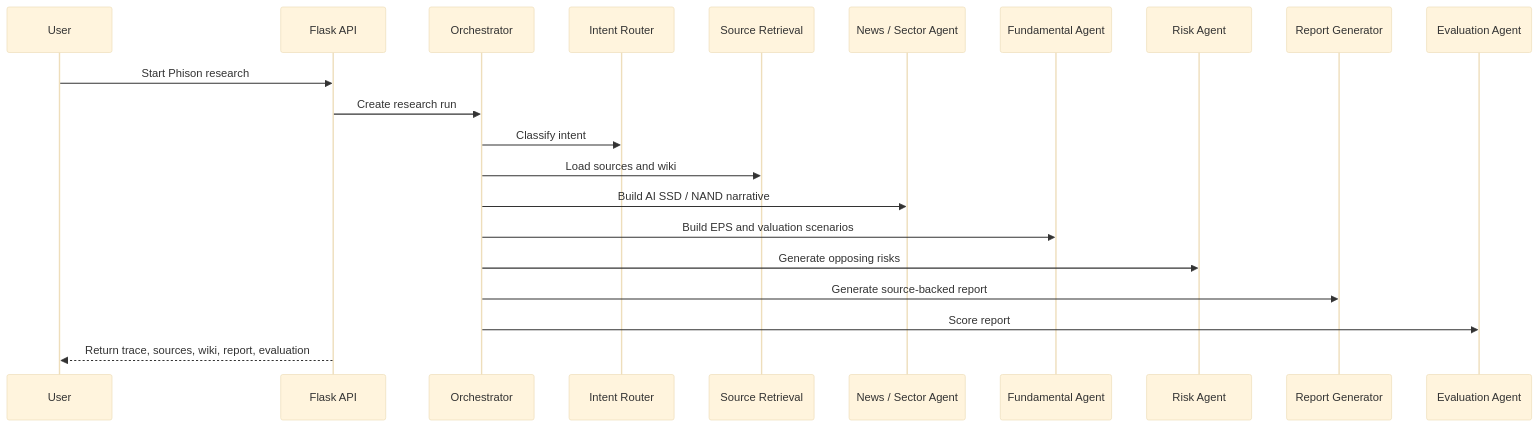
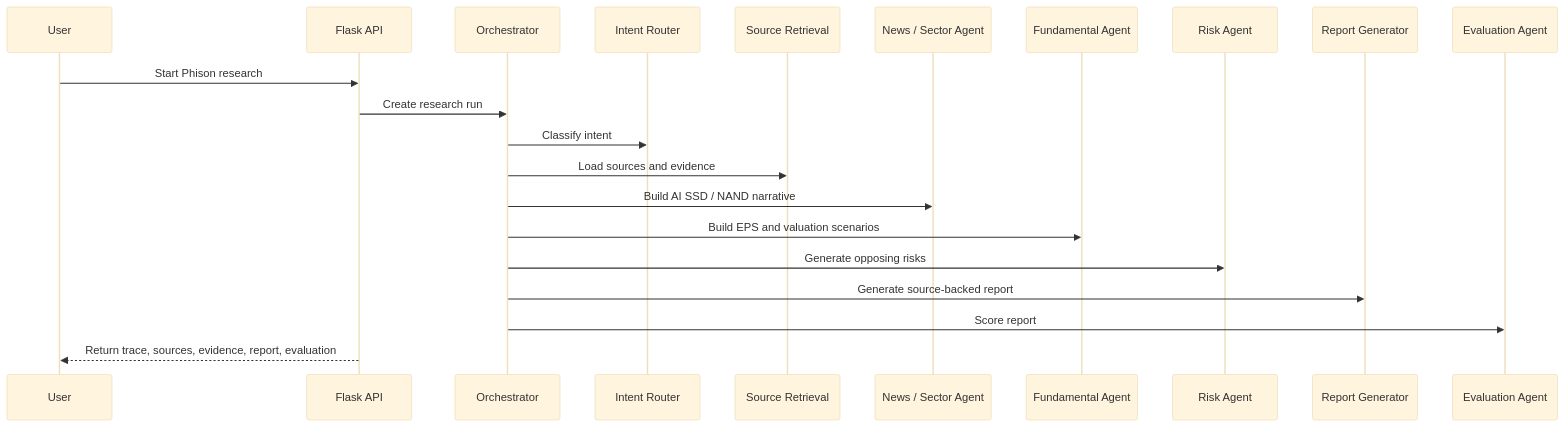
Before and after one commit to DancinAndrew/personal-finance-multi-agent-system: the second of 3 diagrams in docs/architecture.md, drawn with Mermaid (base theme). The commit also changed other lines of this file and 20 other files, not shown here.

Commit message:
refactor: replace llm wiki naming with evidence pack

````diff
--- a/docs/architecture.md
+++ b/docs/architecture.md
@@ -19,24 +19,24 @@
 ```mermaid
 sequenceDiagram
   participant U as User
   participant API as Flask API
   participant O as Orchestrator
   participant R as Intent Router
   participant S as Source Retrieval
   participant N as News / Sector Agent
   participant F as Fundamental Agent
   participant K as Risk Agent
   participant G as Report Generator
   participant E as Evaluation Agent
 
   U->>API: Start Phison research
   API->>O: Create research run
   O->>R: Classify intent
-  O->>S: Load sources and wiki
+  O->>S: Load sources and evidence
   O->>N: Build AI SSD / NAND narrative
   O->>F: Build EPS and valuation scenarios
   O->>K: Generate opposing risks
   O->>G: Generate source-backed report
   O->>E: Score report
-  API-->>U: Return trace, sources, wiki, report, evaluation
+  API-->>U: Return trace, sources, evidence, report, evaluation
 ```
````
